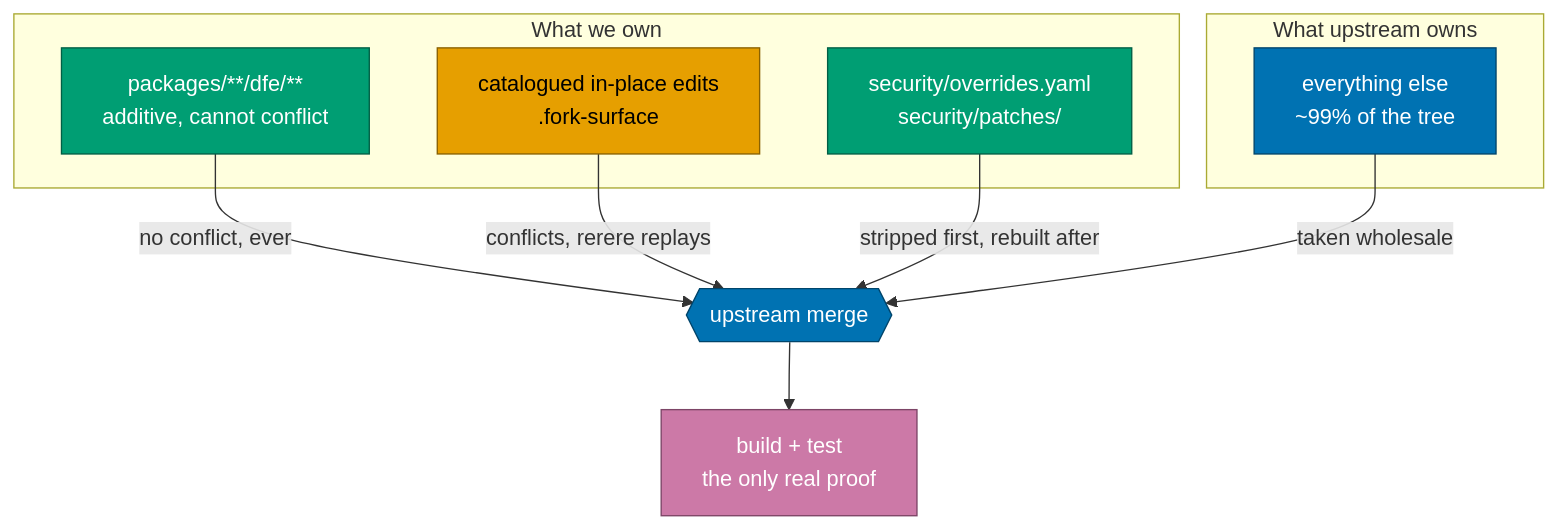
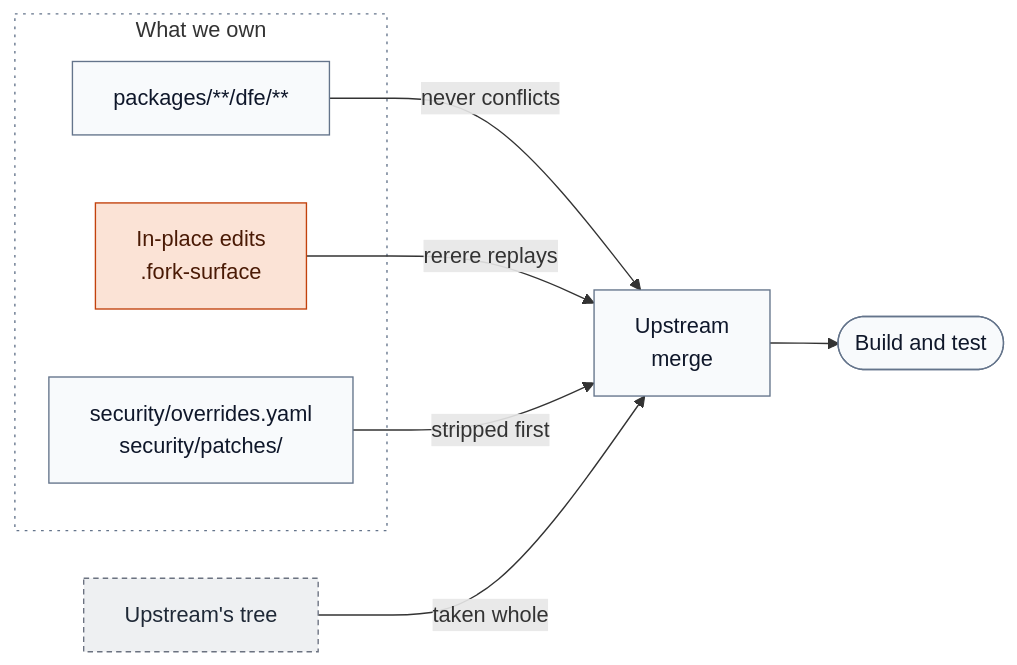
One commit to hyperi-io/dfe-hyperdx changed the diagram in docs/fork/README.md. Above: the diagram before and after it, drawn with Mermaid. The commit also changed other lines of this file and 24 other files, not shown here.

First line of the commit message:
docs(hyperdx): fix claims and redraw the fork docs diagrams

````diff
--- a/docs/fork/README.md
+++ b/docs/fork/README.md
@@ -29,27 +29,29 @@
 ```mermaid
-flowchart TB
+flowchart LR
+    accTitle: L4 Detail -- What an upstream merge takes
+    accDescr: Our dfe directories never conflict, catalogued in-place edits conflict and rerere replays them, the security layer is stripped before the merge and rebuilt after, and the rest of the tree is taken whole from upstream. The build and tests after the merge are the proof.
+
     subgraph ours["What we own"]
-        dfedir["packages/**/dfe/**<br/>additive, cannot conflict"]
-        inplace["catalogued in-place edits<br/>.fork-surface"]
+        dfedir["packages/**/dfe/**"]
+        inplace["In-place edits<br/>.fork-surface"]
         temp["security/overrides.yaml<br/>security/patches/"]
     end
 
-    subgraph theirs["What upstream owns"]
-        rest["everything else<br/>~99% of the tree"]
-    end
+    rest["Upstream's tree"]
+    merge["Upstream<br/>merge"]
+    gate(["Build and test"])
 
-    dfedir -->|no conflict, ever| merge{{"upstream merge"}}
-    inplace -->|conflicts, rerere replays| merge
-    temp -->|stripped first, rebuilt after| merge
-    rest -->|taken wholesale| merge
-    merge --> gate["build + test<br/>the only real proof"]
+    dfedir -->|never conflicts| merge
+    inplace -->|rerere replays| merge
+    temp -->|stripped first| merge
+    rest -->|taken whole| merge
+    merge --> gate
 
-    classDef safe fill:#009E73,stroke:#005f45,color:#ffffff
-    classDef risk fill:#E69F00,stroke:#8a6100,color:#000000
-    classDef up fill:#0072B2,stroke:#00456b,color:#ffffff
-    classDef gatecls fill:#CC79A7,stroke:#7d4567,color:#ffffff
-    class dfedir,temp safe
-    class inplace risk
-    class rest,merge up
-    class gate gatecls
+    classDef default fill:#F8FAFC,stroke:#64748B,stroke-width:1px,color:#0F172A
+    classDef error fill:#FBE3D6,stroke:#C2410C,stroke-width:1px,color:#4A1A05
+    classDef ext fill:#EEF0F2,stroke:#6B7280,stroke-width:1px,stroke-dasharray:4 3,color:#1F2937
+    classDef group fill:none,stroke:#64748B,stroke-width:1px,stroke-dasharray:2 4
+    class inplace error
+    class rest ext
+    class ours group
 ```
````
